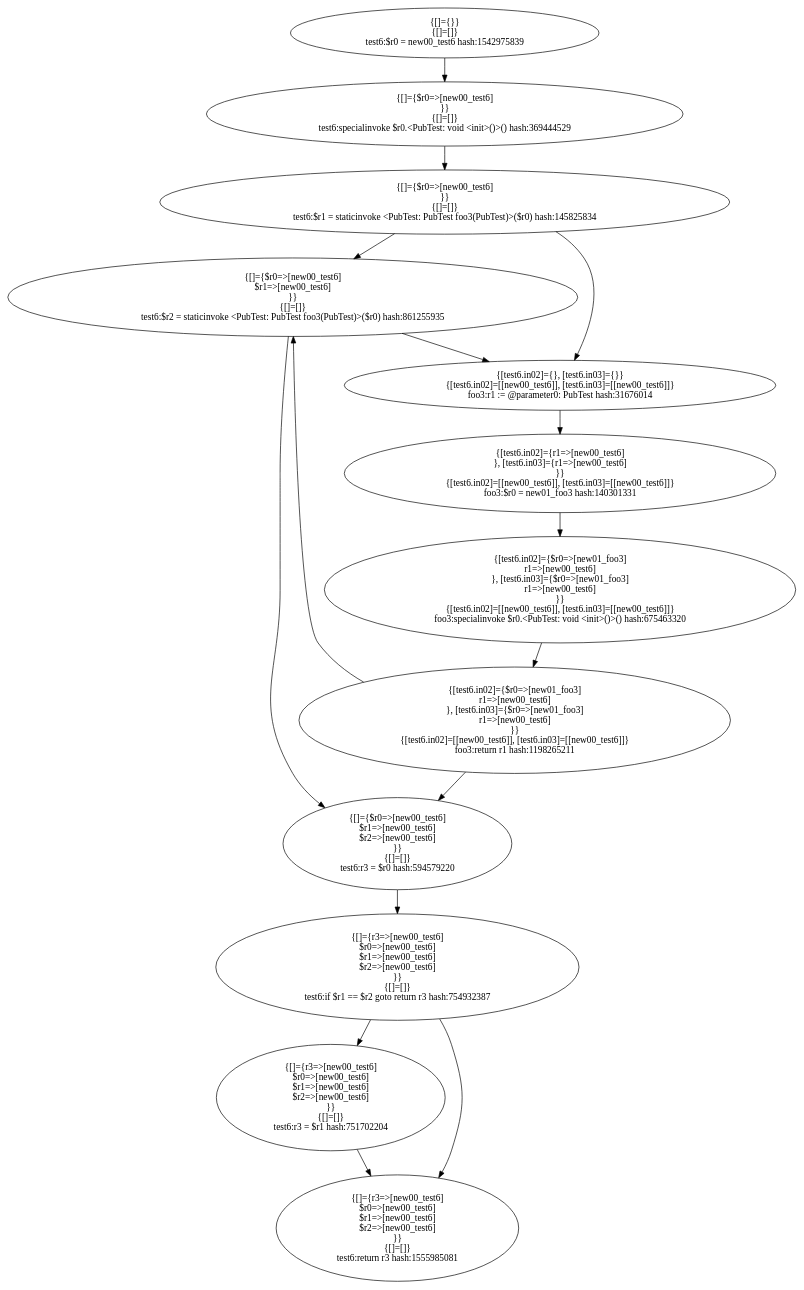
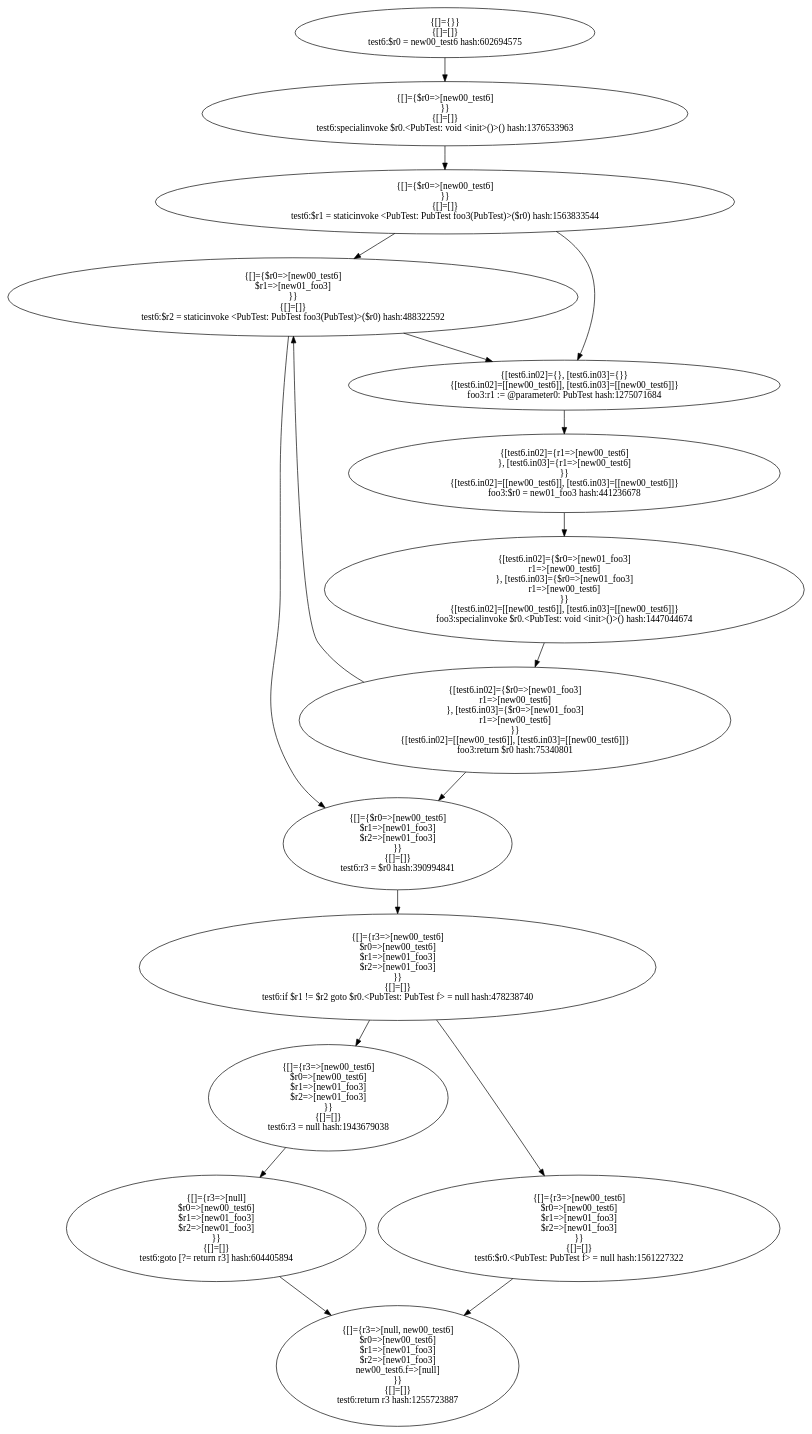
Before and after one commit to khushit-shah/PointsToAnalysisJava: the diagram in target1-pub/PubTest.test6.dot, drawn with Graphviz. The commit also changed 94 other files, not shown here.

```diff
--- a/target1-pub/PubTest.test6.dot
+++ b/target1-pub/PubTest.test6.dot
@@ -1,216 +1,259 @@
 digraph "./target1-pub/PubTest.test6" {
     "{[]={}}
 {[]=[]}
-test6:$r0 = new00_test6 hash:1542975839";
+test6:$r0 = new00_test6 hash:602694575";
     "{[]={$r0=>[new00_test6]
 }}
 {[]=[]}
-test6:specialinvoke $r0.<PubTest: void <init>()>() hash:369444529";
+test6:specialinvoke $r0.<PubTest: void <init>()>() hash:1376533963";
     "{[]={$r0=>[new00_test6]
 }}
 {[]=[]}
-test6:$r1 = staticinvoke <PubTest: PubTest foo3(PubTest)>($r0) hash:145825834";
+test6:$r1 = staticinvoke <PubTest: PubTest foo3(PubTest)>($r0) hash:1563833544";
     "{[]={$r0=>[new00_test6]
-$r1=>[new00_test6]
+$r1=>[new01_foo3]
 }}
 {[]=[]}
-test6:$r2 = staticinvoke <PubTest: PubTest foo3(PubTest)>($r0) hash:861255935";
+test6:$r2 = staticinvoke <PubTest: PubTest foo3(PubTest)>($r0) hash:488322592";
     "{[]={$r0=>[new00_test6]
-$r1=>[new00_test6]
-$r2=>[new00_test6]
+$r1=>[new01_foo3]
+$r2=>[new01_foo3]
 }}
 {[]=[]}
-test6:r3 = $r0 hash:594579220";
+test6:r3 = $r0 hash:390994841";
     "{[]={r3=>[new00_test6]
 $r0=>[new00_test6]
-$r1=>[new00_test6]
-$r2=>[new00_test6]
+$r1=>[new01_foo3]
+$r2=>[new01_foo3]
 }}
 {[]=[]}
-test6:if $r1 == $r2 goto return r3 hash:754932387";
+test6:if $r1 != $r2 goto $r0.<PubTest: PubTest f> = null hash:478238740";
     "{[]={r3=>[new00_test6]
 $r0=>[new00_test6]
-$r1=>[new00_test6]
-$r2=>[new00_test6]
+$r1=>[new01_foo3]
+$r2=>[new01_foo3]
 }}
 {[]=[]}
-test6:r3 = $r1 hash:751702204";
+test6:r3 = null hash:1943679038";
+    "{[]={r3=>[null]
+$r0=>[new00_test6]
+$r1=>[new01_foo3]
+$r2=>[new01_foo3]
+}}
+{[]=[]}
+test6:goto [?= return r3] hash:604405894";
     "{[]={r3=>[new00_test6]
 $r0=>[new00_test6]
-$r1=>[new00_test6]
-$r2=>[new00_test6]
+$r1=>[new01_foo3]
+$r2=>[new01_foo3]
 }}
 {[]=[]}
-test6:return r3 hash:1555985081";
+test6:$r0.<PubTest: PubTest f> = null hash:1561227322";
+    "{[]={r3=>[null, new00_test6]
+$r0=>[new00_test6]
+$r1=>[new01_foo3]
+$r2=>[new01_foo3]
+new00_test6.f=>[null]
+}}
+{[]=[]}
+test6:return r3 hash:1255723887";
     "{[test6.in02]={}, [test6.in03]={}}
 {[test6.in02]=[[new00_test6]], [test6.in03]=[[new00_test6]]}
-foo3:r1 := @parameter0: PubTest hash:31676014";
+foo3:r1 := @parameter0: PubTest hash:1275071684";
     "{[test6.in02]={r1=>[new00_test6]
 }, [test6.in03]={r1=>[new00_test6]
 }}
 {[test6.in02]=[[new00_test6]], [test6.in03]=[[new00_test6]]}
-foo3:$r0 = new01_foo3 hash:140301331";
+foo3:$r0 = new01_foo3 hash:441236678";
     "{[test6.in02]={$r0=>[new01_foo3]
 r1=>[new00_test6]
 }, [test6.in03]={$r0=>[new01_foo3]
 r1=>[new00_test6]
 }}
 {[test6.in02]=[[new00_test6]], [test6.in03]=[[new00_test6]]}
-foo3:specialinvoke $r0.<PubTest: void <init>()>() hash:675463320";
+foo3:specialinvoke $r0.<PubTest: void <init>()>() hash:1447044674";
     "{[test6.in02]={$r0=>[new01_foo3]
 r1=>[new00_test6]
 }, [test6.in03]={$r0=>[new01_foo3]
 r1=>[new00_test6]
 }}
 {[test6.in02]=[[new00_test6]], [test6.in03]=[[new00_test6]]}
-foo3:return r1 hash:1198265211";
+foo3:return $r0 hash:75340801";
     "{[]={}}
 {[]=[]}
-test6:$r0 = new00_test6 hash:1542975839"->"{[]={$r0=>[new00_test6]
+test6:$r0 = new00_test6 hash:602694575"->"{[]={$r0=>[new00_test6]
 }}
 {[]=[]}
-test6:specialinvoke $r0.<PubTest: void <init>()>() hash:369444529";
+test6:specialinvoke $r0.<PubTest: void <init>()>() hash:1376533963";
     "{[]={$r0=>[new00_test6]
 }}
 {[]=[]}
-test6:specialinvoke $r0.<PubTest: void <init>()>() hash:369444529"->"{[]={$r0=>[new00_test6]
+test6:specialinvoke $r0.<PubTest: void <init>()>() hash:1376533963"->"{[]={$r0=>[new00_test6]
 }}
 {[]=[]}
-test6:$r1 = staticinvoke <PubTest: PubTest foo3(PubTest)>($r0) hash:145825834";
+test6:$r1 = staticinvoke <PubTest: PubTest foo3(PubTest)>($r0) hash:1563833544";
     "{[]={$r0=>[new00_test6]
 }}
 {[]=[]}
-test6:$r1 = staticinvoke <PubTest: PubTest foo3(PubTest)>($r0) hash:145825834"->"{[]={$r0=>[new00_test6]
-$r1=>[new00_test6]
-}}
-{[]=[]}
-test6:$r2 = staticinvoke <PubTest: PubTest foo3(PubTest)>($r0) hash:861255935";
+test6:$r1 = staticinvoke <PubTest: PubTest foo3(PubTest)>($r0) hash:1563833544"->"{[test6.in02]={}, [test6.in03]={}}
+{[test6.in02]=[[new00_test6]], [test6.in03]=[[new00_test6]]}
+foo3:r1 := @parameter0: PubTest hash:1275071684";
     "{[]={$r0=>[new00_test6]
 }}
 {[]=[]}
-test6:$r1 = staticinvoke <PubTest: PubTest foo3(PubTest)>($r0) hash:145825834"->"{[test6.in02]={}, [test6.in03]={}}
-{[test6.in02]=[[new00_test6]], [test6.in03]=[[new00_test6]]}
-foo3:r1 := @parameter0: PubTest hash:31676014";
-    "{[]={$r0=>[new00_test6]
-$r1=>[new00_test6]
+test6:$r1 = staticinvoke <PubTest: PubTest foo3(PubTest)>($r0) hash:1563833544"->"{[]={$r0=>[new00_test6]
+$r1=>[new01_foo3]
 }}
 {[]=[]}
-test6:$r2 = staticinvoke <PubTest: PubTest foo3(PubTest)>($r0) hash:861255935"->"{[]={$r0=>[new00_test6]
-$r1=>[new00_test6]
-$r2=>[new00_test6]
+test6:$r2 = staticinvoke <PubTest: PubTest foo3(PubTest)>($r0) hash:488322592";
+    "{[]={$r0=>[new00_test6]
+$r1=>[new01_foo3]
 }}
 {[]=[]}
-test6:r3 = $r0 hash:594579220";
+test6:$r2 = staticinvoke <PubTest: PubTest foo3(PubTest)>($r0) hash:488322592"->"{[test6.in02]={}, [test6.in03]={}}
+{[test6.in02]=[[new00_test6]], [test6.in03]=[[new00_test6]]}
+foo3:r1 := @parameter0: PubTest hash:1275071684";
     "{[]={$r0=>[new00_test6]
-$r1=>[new00_test6]
+$r1=>[new01_foo3]
 }}
 {[]=[]}
-test6:$r2 = staticinvoke <PubTest: PubTest foo3(PubTest)>($r0) hash:861255935"->"{[test6.in02]={}, [test6.in03]={}}
-{[test6.in02]=[[new00_test6]], [test6.in03]=[[new00_test6]]}
-foo3:r1 := @parameter0: PubTest hash:31676014";
-    "{[]={$r0=>[new00_test6]
-$r1=>[new00_test6]
-$r2=>[new00_test6]
+test6:$r2 = staticinvoke <PubTest: PubTest foo3(PubTest)>($r0) hash:488322592"->"{[]={$r0=>[new00_test6]
+$r1=>[new01_foo3]
+$r2=>[new01_foo3]
 }}
 {[]=[]}
-test6:r3 = $r0 hash:594579220"->"{[]={r3=>[new00_test6]
-$r0=>[new00_test6]
-$r1=>[new00_test6]
-$r2=>[new00_test6]
+test6:r3 = $r0 hash:390994841";
+    "{[]={$r0=>[new00_test6]
+$r1=>[new01_foo3]
+$r2=>[new01_foo3]
 }}
 {[]=[]}
-test6:if $r1 == $r2 goto return r3 hash:754932387";
+test6:r3 = $r0 hash:390994841"->"{[]={r3=>[new00_test6]
+$r0=>[new00_test6]
+$r1=>[new01_foo3]
+$r2=>[new01_foo3]
+}}
+{[]=[]}
+test6:if $r1 != $r2 goto $r0.<PubTest: PubTest f> = null hash:478238740";
     "{[]={r3=>[new00_test6]
 $r0=>[new00_test6]
-$r1=>[new00_test6]
-$r2=>[new00_test6]
+$r1=>[new01_foo3]
+$r2=>[new01_foo3]
 }}
 {[]=[]}
-test6:if $r1 == $r2 goto return r3 hash:754932387"->"{[]={r3=>[new00_test6]
+test6:if $r1 != $r2 goto $r0.<PubTest: PubTest f> = null hash:478238740"->"{[]={r3=>[new00_test6]
 $r0=>[new00_test6]
-$r1=>[new00_test6]
-$r2=>[new00_test6]
+$r1=>[new01_foo3]
+$r2=>[new01_foo3]
 }}
 {[]=[]}
-test6:r3 = $r1 hash:751702204";
+test6:r3 = null hash:1943679038";
     "{[]={r3=>[new00_test6]
 $r0=>[new00_test6]
-$r1=>[new00_test6]
-$r2=>[new00_test6]
+$r1=>[new01_foo3]
+$r2=>[new01_foo3]
 }}
 {[]=[]}
-test6:if $r1 == $r2 goto return r3 hash:754932387"->"{[]={r3=>[new00_test6]
+test6:if $r1 != $r2 goto $r0.<PubTest: PubTest f> = null hash:478238740"->"{[]={r3=>[new00_test6]
 $r0=>[new00_test6]
-$r1=>[new00_test6]
-$r2=>[new00_test6]
+$r1=>[new01_foo3]
+$r2=>[new01_foo3]
 }}
 {[]=[]}
-test6:return r3 hash:1555985081";
+test6:$r0.<PubTest: PubTest f> = null hash:1561227322";
     "{[]={r3=>[new00_test6]
 $r0=>[new00_test6]
-$r1=>[new00_test6]
-$r2=>[new00_test6]
+$r1=>[new01_foo3]
+$r2=>[new01_foo3]
 }}
 {[]=[]}
-test6:r3 = $r1 hash:751702204"->"{[]={r3=>[new00_test6]
+test6:r3 = null hash:1943679038"->"{[]={r3=>[null]
 $r0=>[new00_test6]
-$r1=>[new00_test6]
-$r2=>[new00_test6]
+$r1=>[new01_foo3]
+$r2=>[new01_foo3]
 }}
 {[]=[]}
-test6:return r3 hash:1555985081";
+test6:goto [?= return r3] hash:604405894";
+    "{[]={r3=>[null]
+$r0=>[new00_test6]
+$r1=>[new01_foo3]
+$r2=>[new01_foo3]
+}}
+{[]=[]}
+test6:goto [?= return r3] hash:604405894"->"{[]={r3=>[null, new00_test6]
+$r0=>[new00_test6]
+$r1=>[new01_foo3]
+$r2=>[new01_foo3]
+new00_test6.f=>[null]
+}}
+{[]=[]}
+test6:return r3 hash:1255723887";
+    "{[]={r3=>[new00_test6]
+$r0=>[new00_test6]
+$r1=>[new01_foo3]
+$r2=>[new01_foo3]
+}}
+{[]=[]}
+test6:$r0.<PubTest: PubTest f> = null hash:1561227322"->"{[]={r3=>[null, new00_test6]
+$r0=>[new00_test6]
+$r1=>[new01_foo3]
+$r2=>[new01_foo3]
+new00_test6.f=>[null]
+}}
+{[]=[]}
+test6:return r3 hash:1255723887";
     "{[test6.in02]={}, [test6.in03]={}}
 {[test6.in02]=[[new00_test6]], [test6.in03]=[[new00_test6]]}
-foo3:r1 := @parameter0: PubTest hash:31676014"->"{[test6.in02]={r1=>[new00_test6]
+foo3:r1 := @parameter0: PubTest hash:1275071684"->"{[test6.in02]={r1=>[new00_test6]
 }, [test6.in03]={r1=>[new00_test6]
 }}
 {[test6.in02]=[[new00_test6]], [test6.in03]=[[new00_test6]]}
-foo3:$r0 = new01_foo3 hash:140301331";
+foo3:$r0 = new01_foo3 hash:441236678";
     "{[test6.in02]={r1=>[new00_test6]
 }, [test6.in03]={r1=>[new00_test6]
 }}
 {[test6.in02]=[[new00_test6]], [test6.in03]=[[new00_test6]]}
-foo3:$r0 = new01_foo3 hash:140301331"->"{[test6.in02]={$r0=>[new01_foo3]
+foo3:$r0 = new01_foo3 hash:441236678"->"{[test6.in02]={$r0=>[new01_foo3]
 r1=>[new00_test6]
 }, [test6.in03]={$r0=>[new01_foo3]
 r1=>[new00_test6]
 }}
 {[test6.in02]=[[new00_test6]], [test6.in03]=[[new00_test6]]}
-foo3:specialinvoke $r0.<PubTest: void <init>()>() hash:675463320";
+foo3:specialinvoke $r0.<PubTest: void <init>()>() hash:1447044674";
     "{[test6.in02]={$r0=>[new01_foo3]
 r1=>[new00_test6]
 }, [test6.in03]={$r0=>[new01_foo3]
 r1=>[new00_test6]
 }}
 {[test6.in02]=[[new00_test6]], [test6.in03]=[[new00_test6]]}
-foo3:specialinvoke $r0.<PubTest: void <init>()>() hash:675463320"->"{[test6.in02]={$r0=>[new01_foo3]
+foo3:specialinvoke $r0.<PubTest: void <init>()>() hash:1447044674"->"{[test6.in02]={$r0=>[new01_foo3]
 r1=>[new00_test6]
 }, [test6.in03]={$r0=>[new01_foo3]
 r1=>[new00_test6]
 }}
 {[test6.in02]=[[new00_test6]], [test6.in03]=[[new00_test6]]}
-foo3:return r1 hash:1198265211";
+foo3:return $r0 hash:75340801";
     "{[test6.in02]={$r0=>[new01_foo3]
 r1=>[new00_test6]
 }, [test6.in03]={$r0=>[new01_foo3]
 r1=>[new00_test6]
 }}
 {[test6.in02]=[[new00_test6]], [test6.in03]=[[new00_test6]]}
-foo3:return r1 hash:1198265211"->"{[]={$r0=>[new00_test6]
-$r1=>[new00_test6]
+foo3:return $r0 hash:75340801"->"{[]={$r0=>[new00_test6]
+$r1=>[new01_foo3]
 }}
 {[]=[]}
-test6:$r2 = staticinvoke <PubTest: PubTest foo3(PubTest)>($r0) hash:861255935";
+test6:$r2 = staticinvoke <PubTest: PubTest foo3(PubTest)>($r0) hash:488322592";
     "{[test6.in02]={$r0=>[new01_foo3]
 r1=>[new00_test6]
 }, [test6.in03]={$r0=>[new01_foo3]
 r1=>[new00_test6]
 }}
 {[test6.in02]=[[new00_test6]], [test6.in03]=[[new00_test6]]}
-foo3:return r1 hash:1198265211"->"{[]={$r0=>[new00_test6]
-$r1=>[new00_test6]
-$r2=>[new00_test6]
+foo3:return $r0 hash:75340801"->"{[]={$r0=>[new00_test6]
+$r1=>[new01_foo3]
+$r2=>[new01_foo3]
 }}
 {[]=[]}
-test6:r3 = $r0 hash:594579220";
+test6:r3 = $r0 hash:390994841";
 }
```
